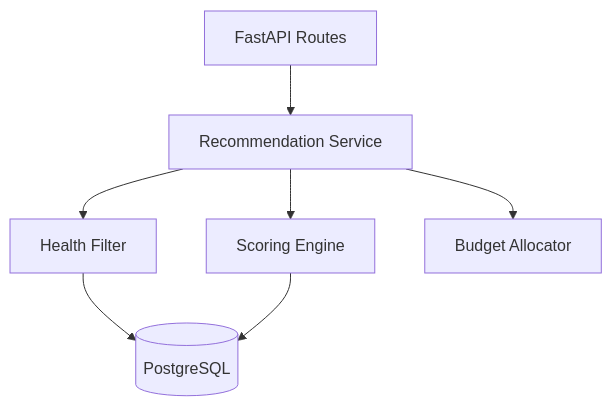
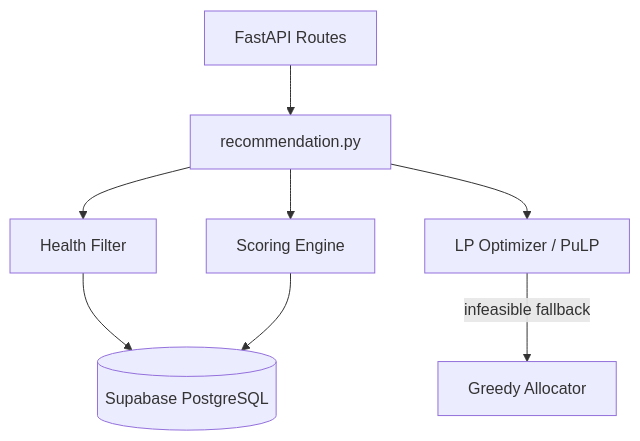
The diagram in backend/README.md (AtulACleaver/nutrikart), drawn with Mermaid before and after one commit. The commit also changed other lines of this file and 2 other files, not shown here.

First line of the commit message:
Update READMEs: deployments, LP optimizer & docs

````diff
--- a/backend/README.md
+++ b/backend/README.md
@@ -9,9 +12,10 @@
 ```mermaid
 graph TD
-    API[FastAPI Routes] --> Rec[Recommendation Service]
+    API[FastAPI Routes] --> Rec[recommendation.py]
     Rec --> Filter[Health Filter]
     Rec --> Score[Scoring Engine]
-    Rec --> Alloc[Budget Allocator]
-    Filter --> DB[(PostgreSQL)]
+    Rec --> LP[LP Optimizer / PuLP]
+    LP -->|infeasible fallback| Greedy[Greedy Allocator]
+    Filter --> DB[(Supabase PostgreSQL)]
     Score --> DB
 ```
````
